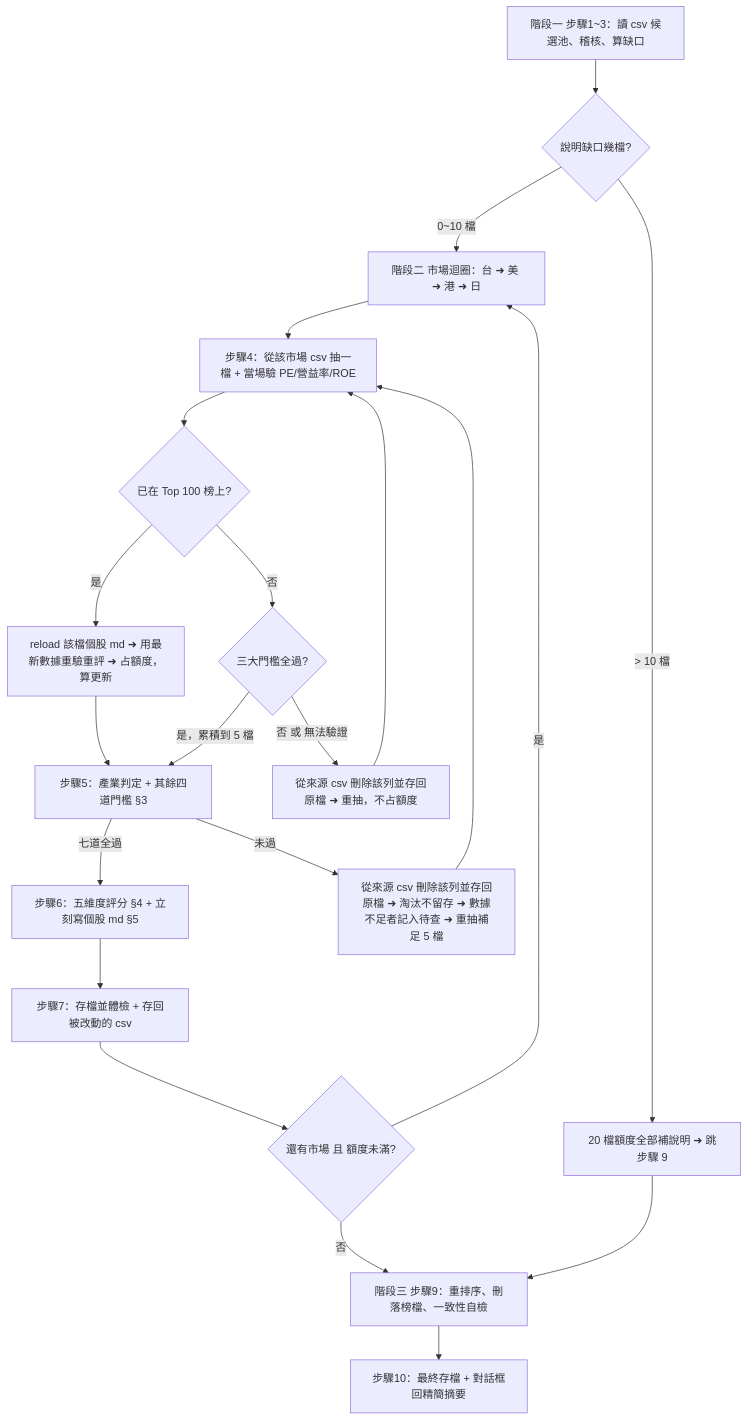
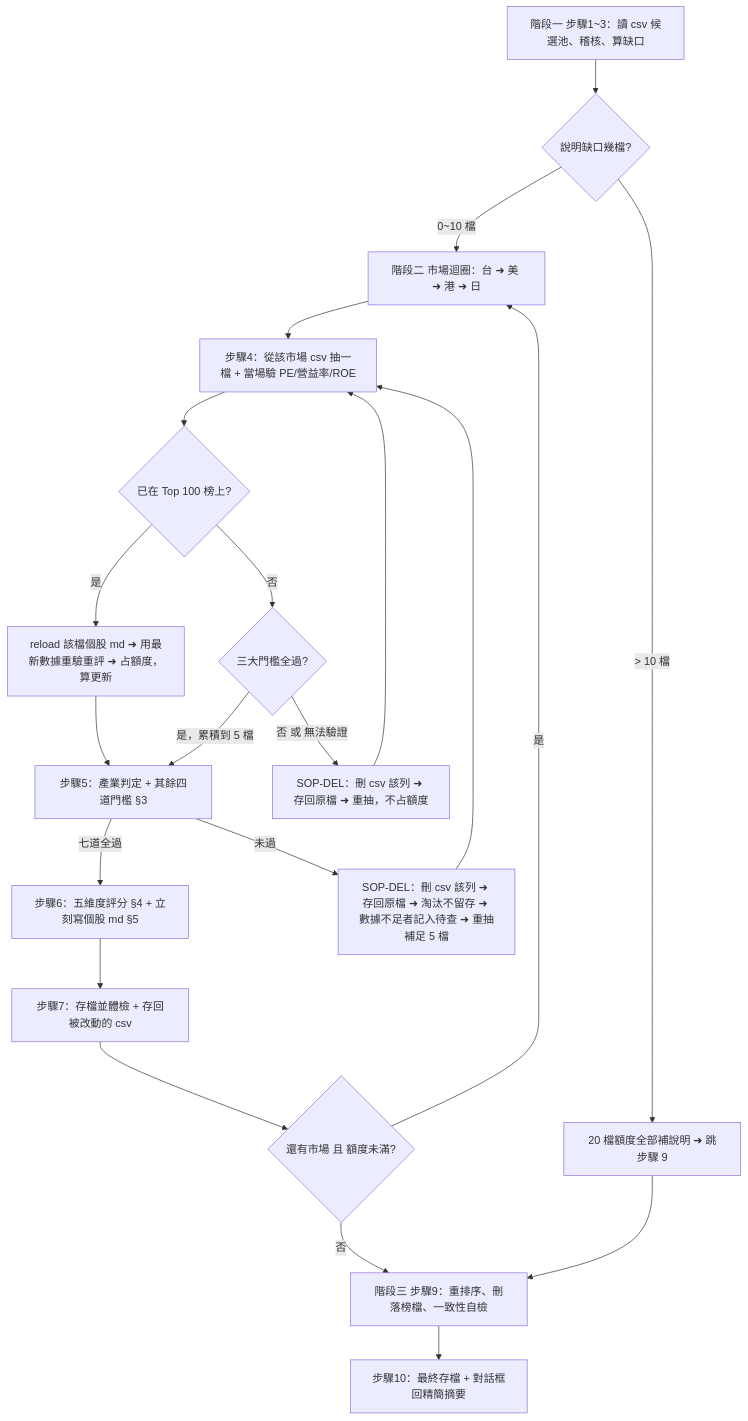
One commit to a9303001/FinancialReport changed the diagram in Routines_StkScreener_gemini.md. Above: the diagram before and after it, drawn with Mermaid. The commit also changed other lines of this file and 2 other files, not shown here.

````diff
--- a/Routines_StkScreener_gemini.md
+++ b/Routines_StkScreener_gemini.md
@@ -115,23 +140,23 @@
 ```mermaid
 graph TD
     A[階段一 步驟1~3：讀 csv 候選池、稽核、算缺口] --> B{說明缺口幾檔?}
     B -->|> 10 檔| C[20 檔額度全部補說明 ➜ 跳步驟 9]
     B -->|0~10 檔| D[階段二 市場迴圈：台 ➜ 美 ➜ 港 ➜ 日]
     D --> E[步驟4：從該市場 csv 抽一檔 + 當場驗 PE/營益率/ROE]
     E --> N{已在 Top 100 榜上?}
     N -->|是| U[reload 該檔個股 md ➜ 用最新數據重驗重評 ➜ 占額度，算更新]
     U --> F
     N -->|否| P{三大門檻全過?}
-    P -->|否 或 無法驗證| R[從來源 csv 刪除該列並存回原檔 ➜ 重抽，不占額度]
+    P -->|否 或 無法驗證| R[SOP-DEL：刪 csv 該列 ➜ 存回原檔 ➜ 重抽，不占額度]
     R --> E
     P -->|是，累積到 5 檔| F[步驟5：產業判定 + 其餘四道門檻 §3]
     F -->|七道全過| G[步驟6：五維度評分 §4 + 立刻寫個股 md §5]
-    F -->|未過| H[從來源 csv 刪除該列並存回原檔 ➜ 淘汰不留存 ➜ 數據不足者記入待查 ➜ 重抽補足 5 檔]
+    F -->|未過| H[SOP-DEL：刪 csv 該列 ➜ 存回原檔 ➜ 淘汰不留存 ➜ 數據不足者記入待查 ➜ 重抽補足 5 檔]
     H --> E
     G --> I[步驟7：存檔並體檢 + 存回被改動的 csv]
     I --> J{還有市場 且 額度未滿?}
     J -->|是| D
     J -->|否| K[階段三 步驟9：重排序、刪落榜檔、一致性自檢]
     C --> K
     K --> L[步驟10：最終存檔 + 對話框回精簡摘要]
 ```
````
